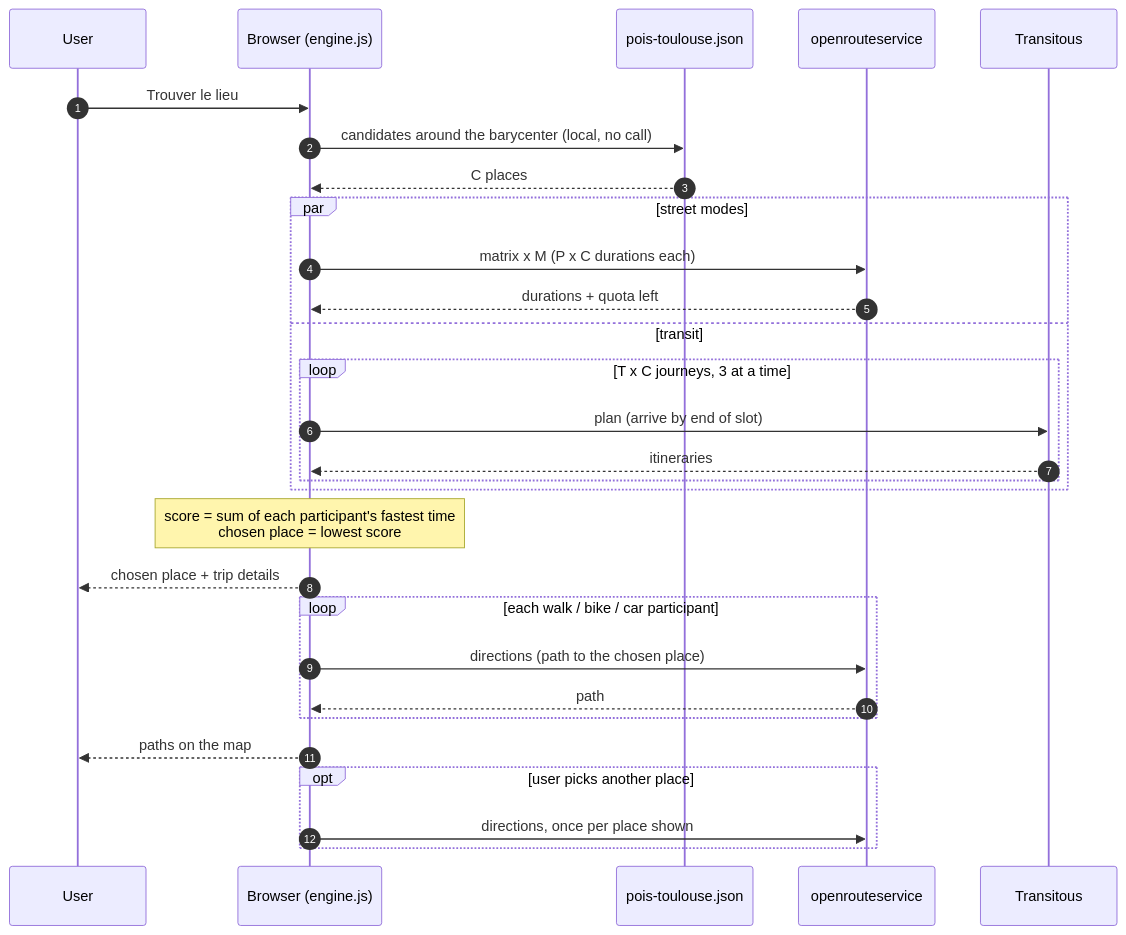
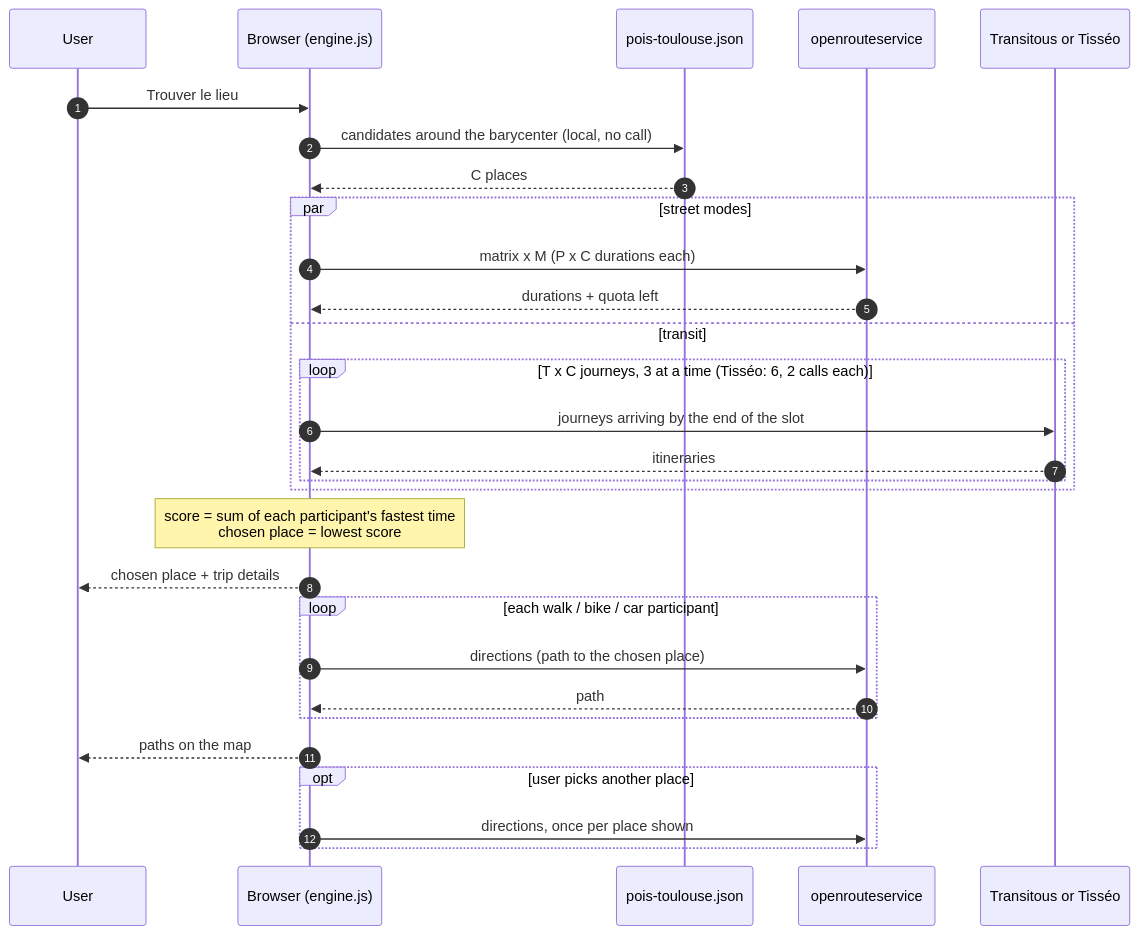
The fourth of 4 diagrams in docs/location-pipeline.md (NicolasGresset/portfolio), drawn with Mermaid before and after one commit. The commit also changed other lines of this file and 7 other files, not shown here.

First line of the commit message:
Let the user pick Tisséo or Transitous for public transport

````diff
--- a/docs/location-pipeline.md
+++ b/docs/location-pipeline.md
@@ -156,32 +158,32 @@
 ```mermaid
 sequenceDiagram
     autonumber
     participant U as User
     participant B as Browser (engine.js)
     participant J as pois-toulouse.json
     participant ORS as openrouteservice
-    participant TR as Transitous
+    participant TR as Transitous or Tisséo
 
     U->>B: Trouver le lieu
     B->>J: candidates around the barycenter (local, no call)
     J-->>B: C places
     par street modes
         B->>ORS: matrix x M (P x C durations each)
         ORS-->>B: durations + quota left
     and transit
-        loop T x C journeys, 3 at a time
-            B->>TR: plan (arrive by end of slot)
+        loop T x C journeys, 3 at a time (Tisséo: 6, 2 calls each)
+            B->>TR: journeys arriving by the end of the slot
             TR-->>B: itineraries
         end
     end
     Note over B: score = sum of each participant's fastest time<br/>chosen place = lowest score
     B-->>U: chosen place + trip details
     loop each walk / bike / car participant
         B->>ORS: directions (path to the chosen place)
         ORS-->>B: path
     end
     B-->>U: paths on the map
     opt user picks another place
         B->>ORS: directions, once per place shown
     end
 ```
````
